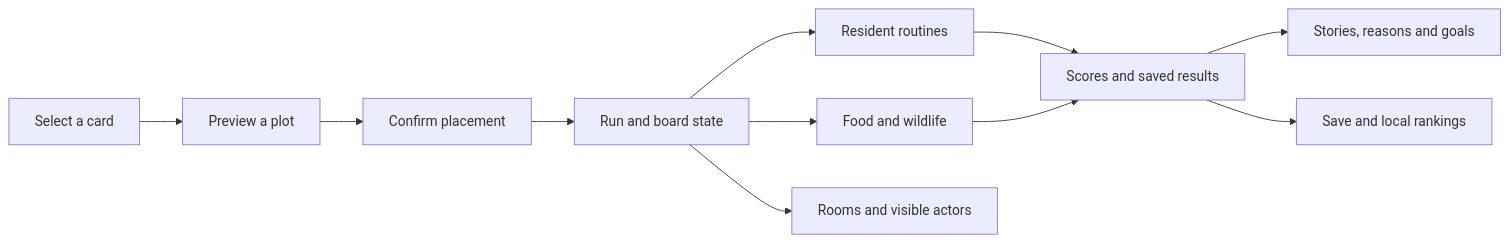
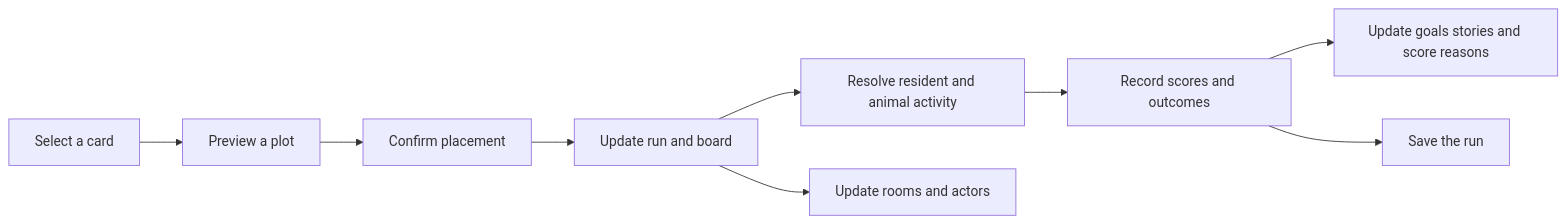
The diagram in Documentation/technical/ARCHITECTURE.md (Ketian-LI/symbiosis-49-unity), drawn with Mermaid before and after one commit. The commit also changed other lines of this file and 23 other files, not shown here.

````diff
--- a/Documentation/technical/ARCHITECTURE.md
+++ b/Documentation/technical/ARCHITECTURE.md
@@ -6,13 +8,11 @@
 ```mermaid
 flowchart LR
-    Choice[Select a card] --> Preview[Preview a plot]
+    Card[Select a card] --> Preview[Preview a plot]
     Preview --> Confirm[Confirm placement]
-    Confirm --> Run[Run and board state]
-    Run --> Human[Resident routines]
-    Run --> Wildlife[Food and wildlife]
-    Human --> Score[Scores and saved results]
-    Wildlife --> Score
-    Score --> Feedback[Stories, reasons and goals]
-    Run --> World[Rooms and visible actors]
-    Score --> Store[Save and local rankings]
+    Confirm --> Run[Update run and board]
+    Run --> Activity[Resolve resident and animal activity]
+    Activity --> Result[Record scores and outcomes]
+    Result --> UI[Update goals stories and score reasons]
+    Result --> Save[Save the run]
+    Run --> World[Update rooms and actors]
 ```
````
